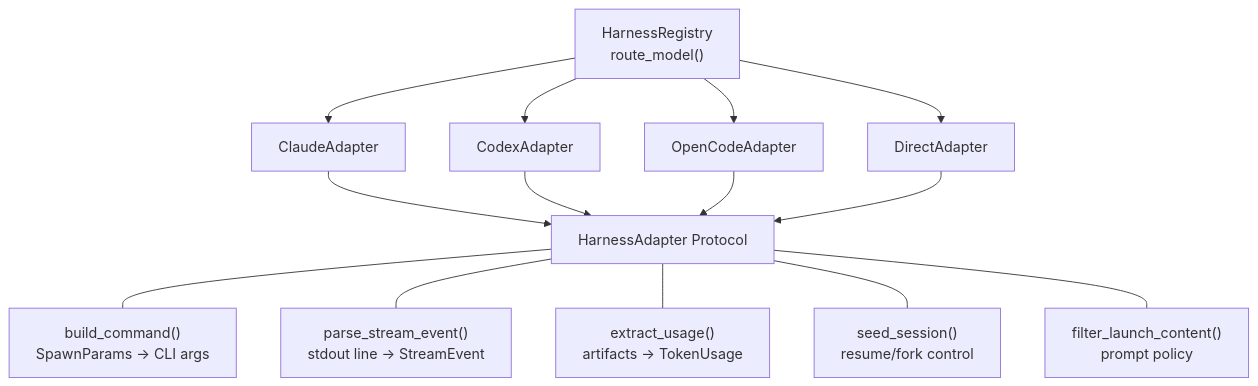
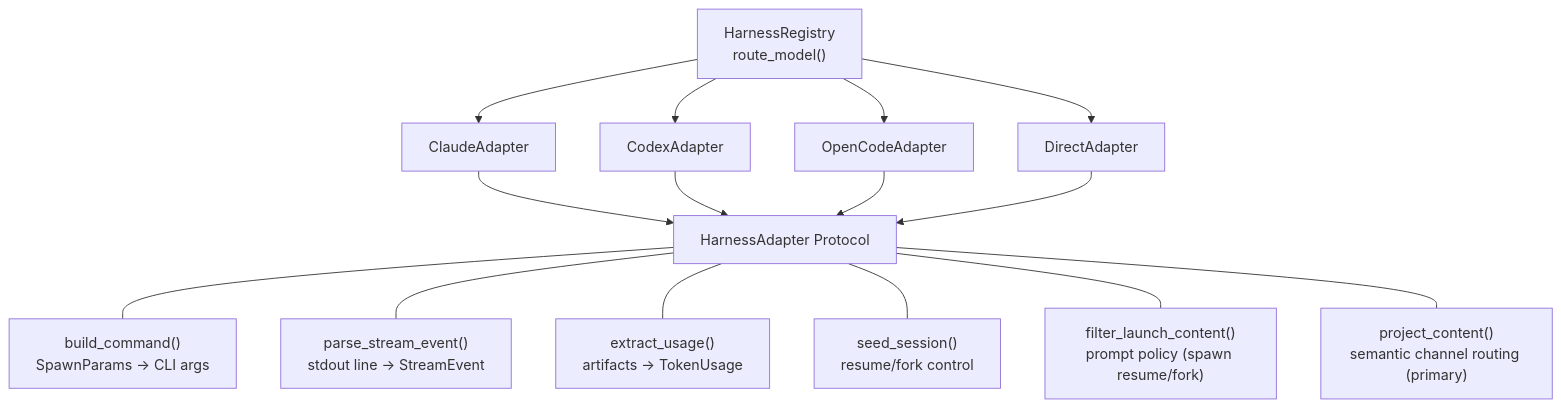
Before and after one commit to haowjy/meridian-channel: the sixth of 8 diagrams in docs/_internal/ARCHITECTURE.md, drawn with Mermaid. The commit also changed other lines of this file and 1 other file, not shown here.

First line of the commit message:
docs: document content channel separation and observability artifacts

````diff
--- a/docs/_internal/ARCHITECTURE.md
+++ b/docs/_internal/ARCHITECTURE.md
@@ -296,18 +300,19 @@
 ```mermaid
 graph TD
     Registry["HarnessRegistry<br/>route_model()"] --> CA["ClaudeAdapter"]
     Registry --> CX["CodexAdapter"]
     Registry --> OC["OpenCodeAdapter"]
     Registry --> DA["DirectAdapter"]
 
     CA --> Proto["HarnessAdapter Protocol"]
     CX --> Proto
     OC --> Proto
     DA --> Proto
 
     Proto --- BC["build_command()<br/>SpawnParams -> CLI args"]
     Proto --- PS["parse_stream_event()<br/>stdout line -> StreamEvent"]
     Proto --- EU["extract_usage()<br/>artifacts -> TokenUsage"]
     Proto --- SS["seed_session()<br/>resume/fork control"]
-    Proto --- FC["filter_launch_content()<br/>prompt policy"]
+    Proto --- FC["filter_launch_content()<br/>prompt policy (spawn resume/fork)"]
+    Proto --- PC["project_content()<br/>semantic channel routing (primary)"]
 ```
````
